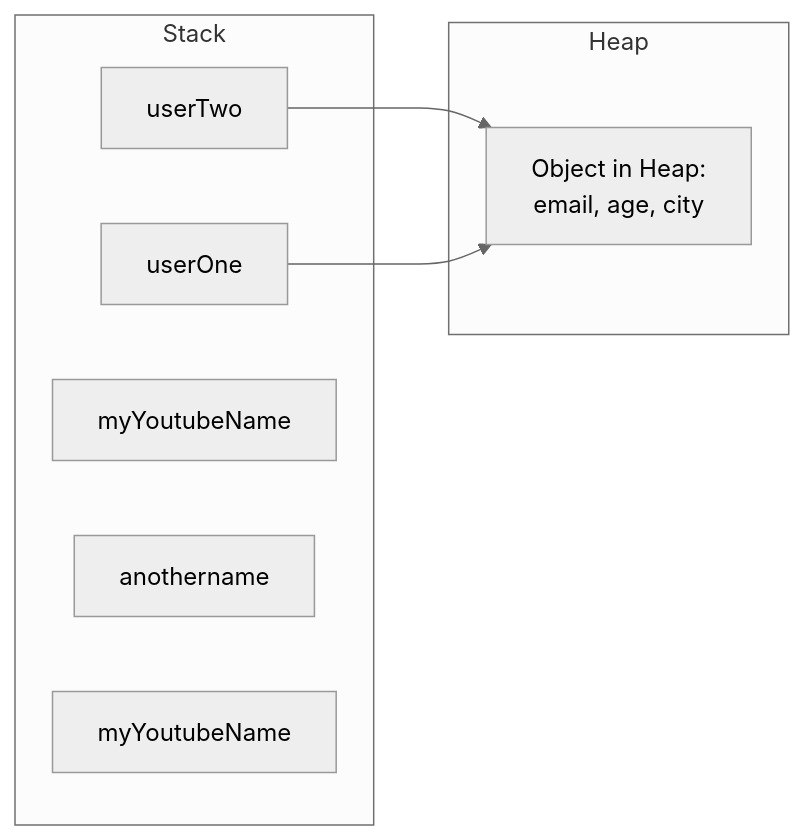
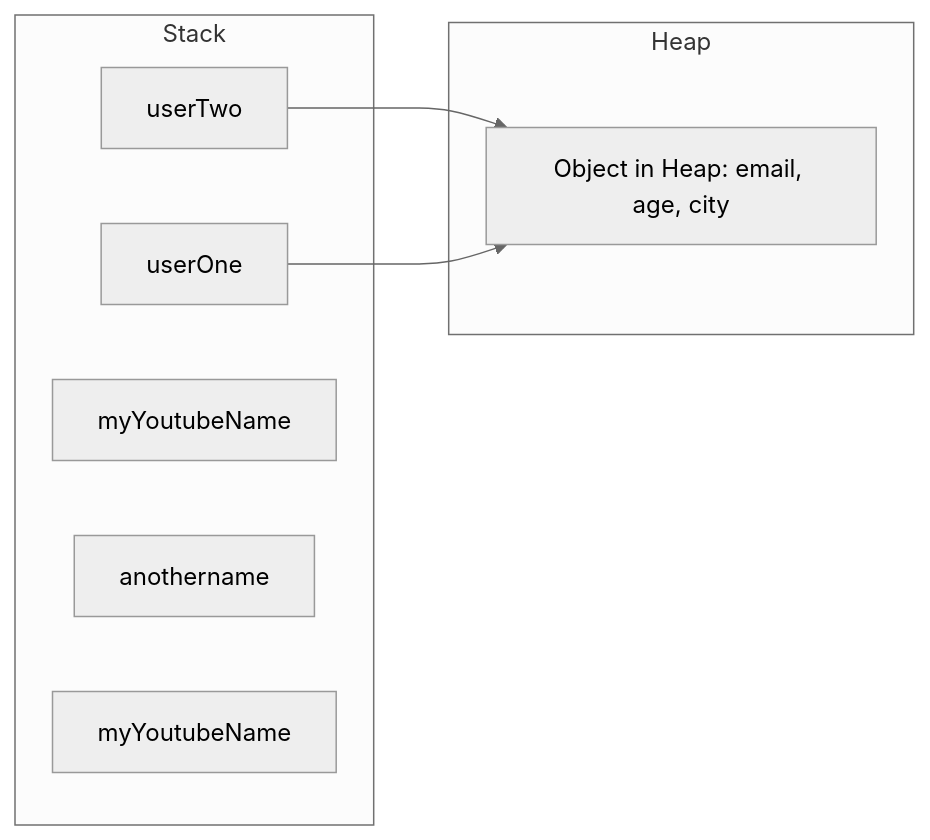
One commit to ShahnawazKakarh/javascript-learning changed the diagram in 02_advanced_basics/MEMORY_README.md. Above: the diagram before and after it, drawn with Mermaid (neutral theme). The commit also changed 1 other file, not shown here.

Commit message:
Final Memory Class

````diff
--- a/02_advanced_basics/MEMORY_README.md
+++ b/02_advanced_basics/MEMORY_README.md
@@ -1,18 +1,18 @@
 ```mermaid
 flowchart LR
   subgraph Stack
     userTwo[ userTwo ]
     userOne[ userOne ]
     myYoutubeName1[ myYoutubeName ]
     anotherName[ anothername ]
     myYoutubeName2[ myYoutubeName ]
   end
 
 
   subgraph Heap
-    object1[Object in Heap:\nemail, age, city]
+    object1[Object in Heap: email, age, city]
   end
 
   userTwo --> object1
   userOne --> object1
 ```
````
